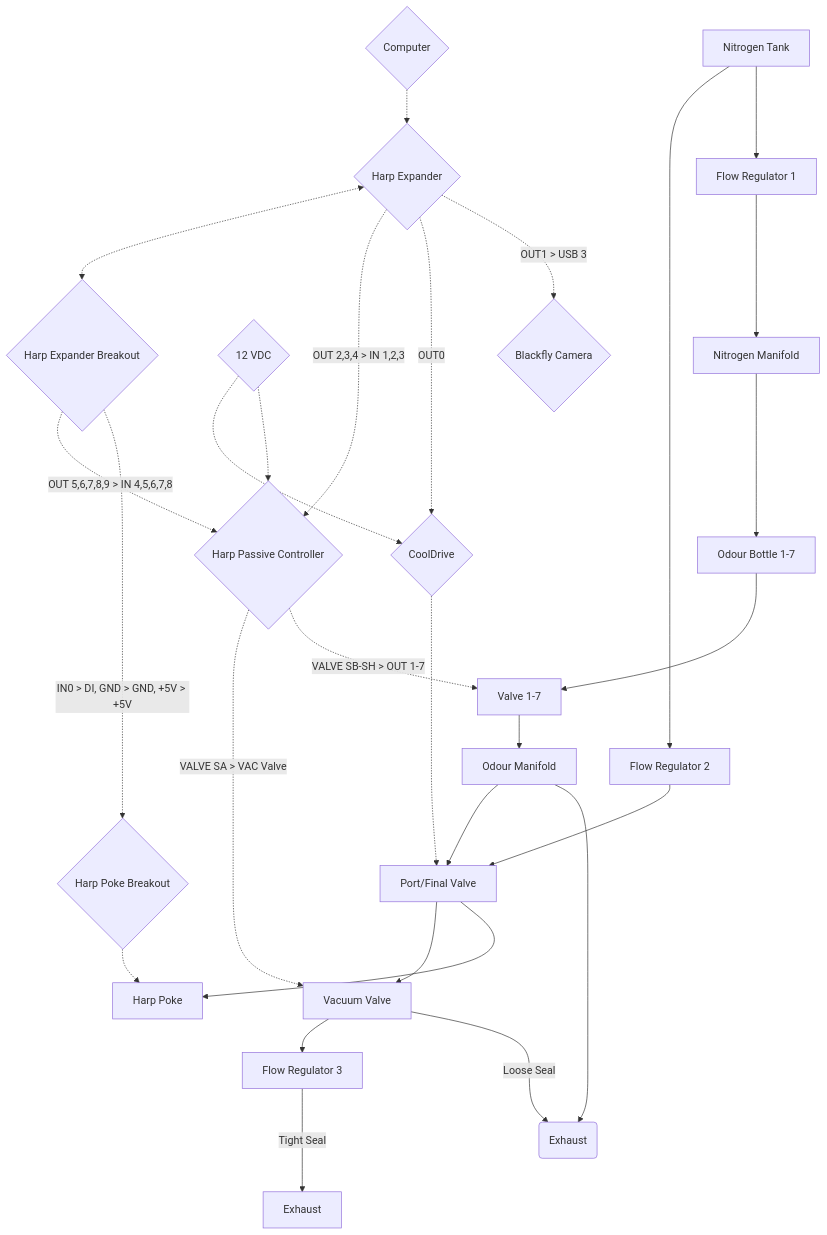
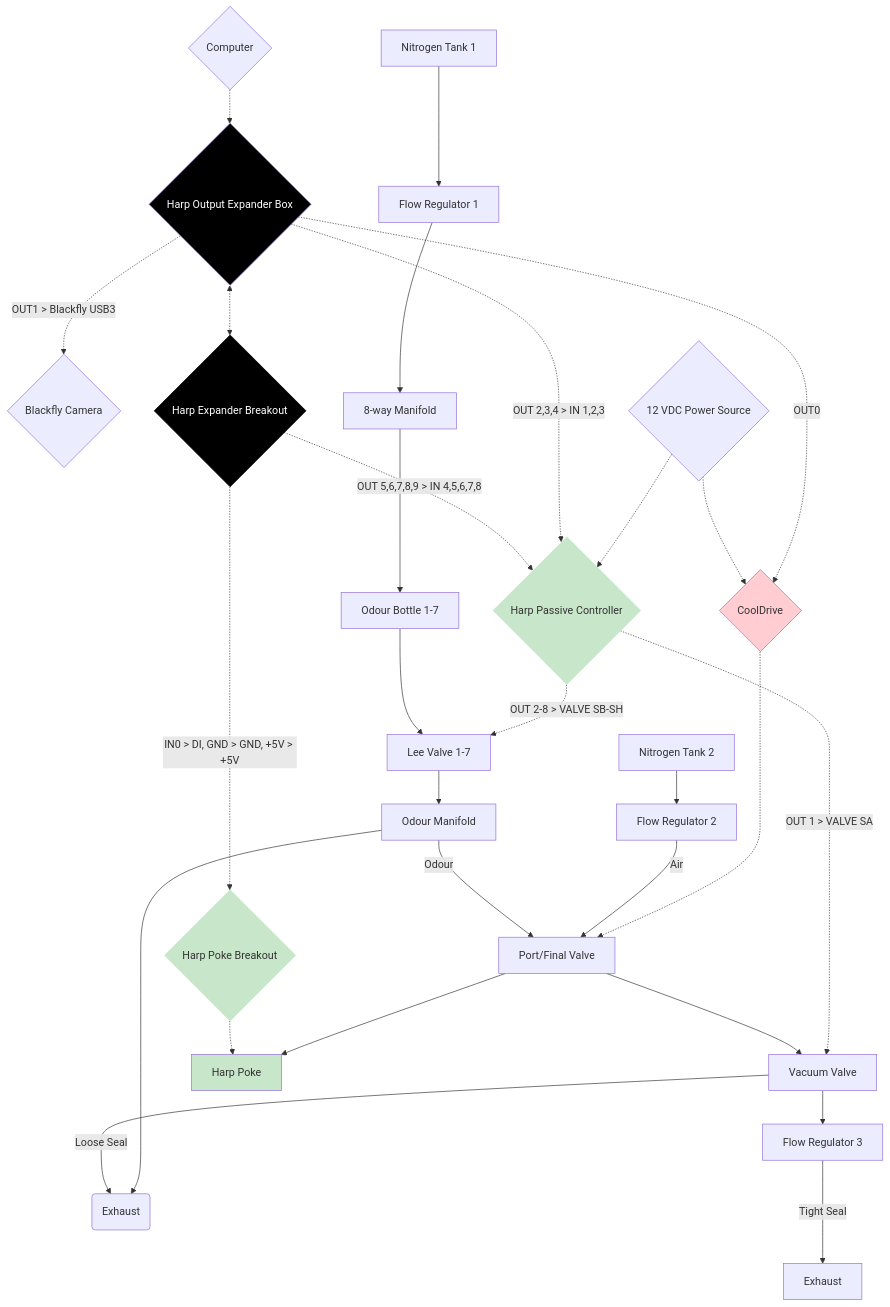
The second of 2 diagrams in Design/specs.md (goatsofnaxos/Delphi), drawn with Mermaid before and after one commit.

Commit message:
Update specs.md
Updated vaccum diagram

````diff
--- a/Design/specs.md
+++ b/Design/specs.md
@@ -198,30 +198,34 @@
 ```mermaid
-graph TD
-    A[Nitrogen Tank] --> B[Flow Regulator 1]
-    AA{Computer} -.-> BB{Harp Expander}
-    BB -.OUT1 > USB 3.-> CC{Blackfly Camera}
-    BB -.OUT0.-> DD{CoolDrive}
-    EE{12 VDC} -.-> Y{Harp Passive Controller}
-    EE -.-> DD
-    DD -.-> E
-    BB -.OUT 2,3,4 > IN 1,2,3.-> Y
-    Y -.VALVE SB-SH > OUT 1-7.-> Q
-    Y -.VALVE SA > VAC Valve.->HH
-    A --> C[Flow Regulator 2]
-    C --> E[Port/Final Valve]
-    B --> D[Nitrogen Manifold]
-    D --> F[Odour Bottle 1-7]
-    F --> Q[Valve 1-7]
-    Q --> N[Odour Manifold]
-    N --> O(Exhaust)
-    N --> E
-    E --> P[Harp Poke]
-    E --> HH[Vacuum Valve]
-    HH --->|"Loose Seal"| O
-    HH --> KK[Flow Regulator 3]
-    KK --->|"Tight Seal"| II[Exhaust]
-    FF -.IN0 > DI, GND > GND, +5V > +5V.-> GG{Harp Poke Breakout}
+flowchart TD
+    A["Nitrogen Tank 1"] --> B["Flow Regulator 1"]
+    LL["Nitrogen Tank 2"] --> C["Flow Regulator 2"]
+    AA{"Computer"} -.-> BB{"Harp Output Expander Box"}
+    BB -. OUT1 > Blackfly USB3 .-> CC{"Blackfly Camera"}
+    BB -. OUT0 .-> DD{"CoolDrive"}
+    EE{"12 VDC Power Source"} -.-> Y{"Harp Passive Controller"} & DD
+    DD -.-> E["Port/Final Valve"]
+    BB -. OUT 2,3,4 > IN 1,2,3 .-> Y
+    Y -. OUT 2-8 > VALVE SB-SH .-> Q["Lee Valve 1-7"]
+    Y -. OUT 1 > VALVE SA .-> HH["Vacuum Valve"]
+    C -- Air --> E
+    B --> D["8-way Manifold"]
+    D --> F["Odour Bottle 1-7"]
+    F --> Q
+    Q --> N["Odour Manifold"]
+    N --> O("Exhaust")
+    N -- Odour --> E
+    E --> P["Harp Poke"] & HH
+    HH -- Loose Seal ---> O
+    HH --> KK["Flow Regulator 3"]
+    KK -- Tight Seal ---> II["Exhaust"]
+    FF{"Harp Expander Breakout"} -. IN0 > DI, GND > GND, +5V > +5V .-> GG{"Harp Poke Breakout"}
     GG -.-> P
-    BB <-.-> FF{Harp Expander Breakout}
-    FF -.OUT 5,6,7,8,9 > IN 4,5,6,7,8.->Y
+    BB <-.-> FF
+    FF -. OUT 5,6,7,8,9 > IN 4,5,6,7,8 .-> Y
+    style BB fill:#000000,color:#FFFFFF
+    style DD fill:#FFCDD2
+    style Y stroke:none,fill:#C8E6C9
+    style P fill:#C8E6C9
+    style FF color:#FFFFFF,fill:#000000,stroke:#000000
+    style GG stroke:#C8E6C9,fill:#C8E6C9
 ```
````
